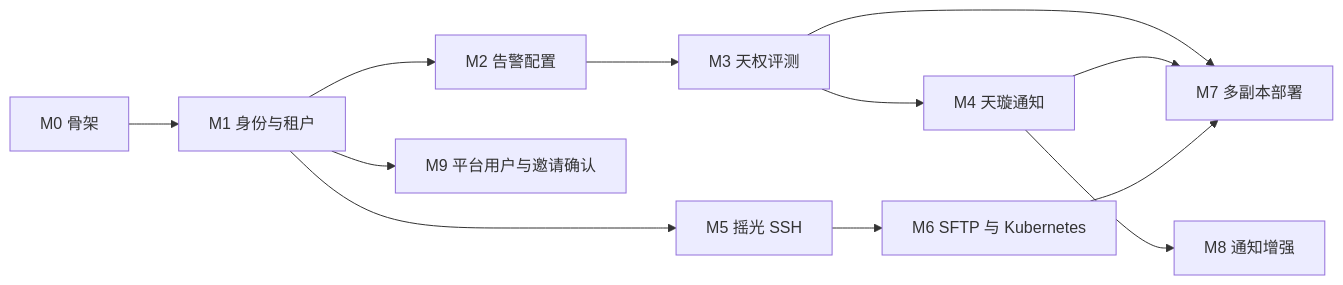
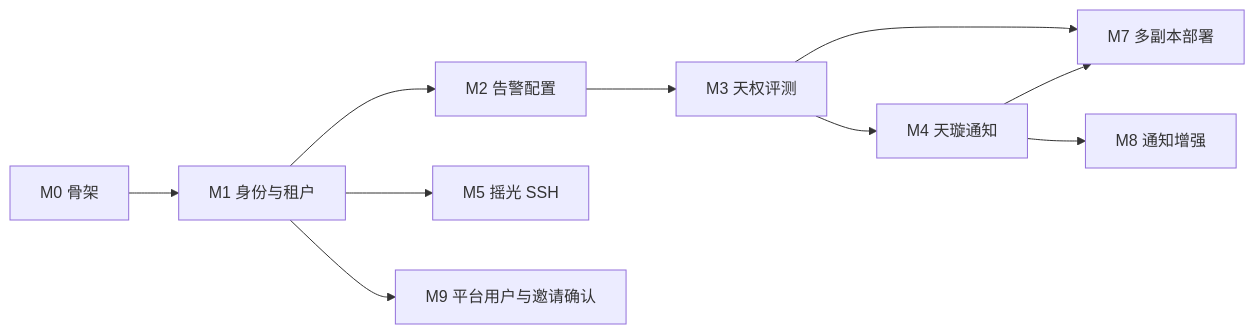
Before and after one commit to aide-family/moon: the diagram in docs/roadmap.md, drawn with Mermaid. The commit also changed other lines of this file and 93 other files, not shown here.

````diff
--- a/docs/roadmap.md
+++ b/docs/roadmap.md
@@ -36,20 +35,18 @@
 ```mermaid
 flowchart LR
   m0[M0 骨架]
   m1[M1 身份与租户]
   m2[M2 告警配置]
   m3[M3 天权评测]
   m4[M4 天璇通知]
   m5[M5 摇光 SSH]
-  m6[M6 SFTP 与 Kubernetes]
   m7[M7 多副本部署]
   m8[M8 通知增强]
   m9[M9 平台用户与邀请确认]
   m0 --> m1 --> m2 --> m3 --> m4
-  m1 --> m5 --> m6
+  m1 --> m5
   m1 --> m9
   m3 --> m7
   m4 --> m7
   m4 --> m8
-  m6 --> m7
 ```
````
